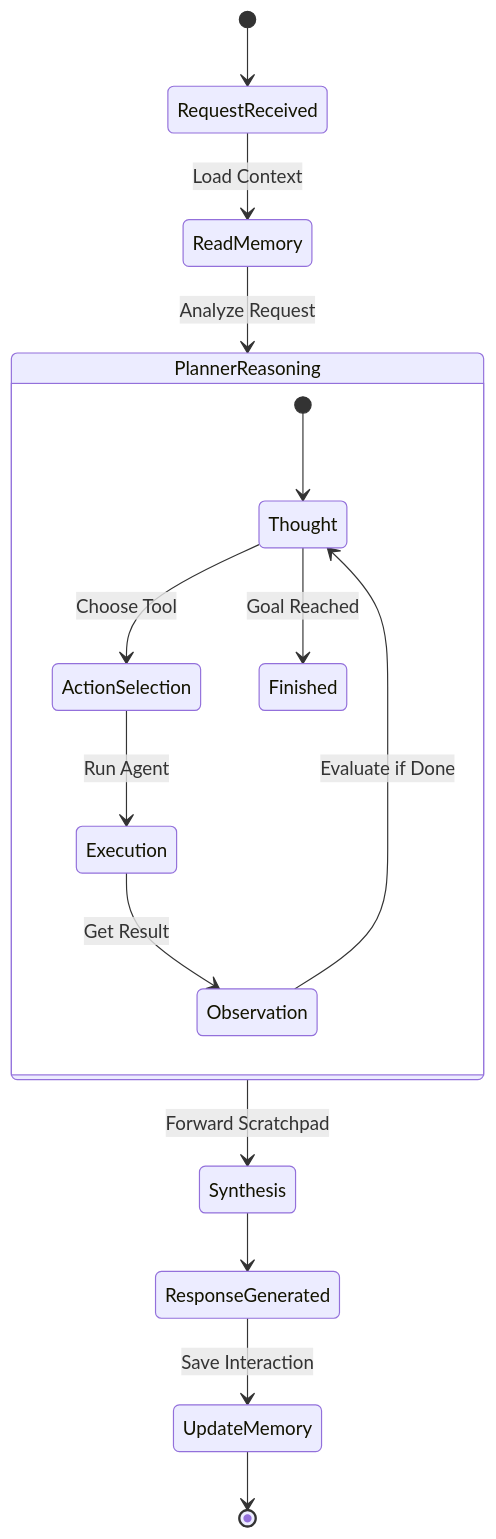
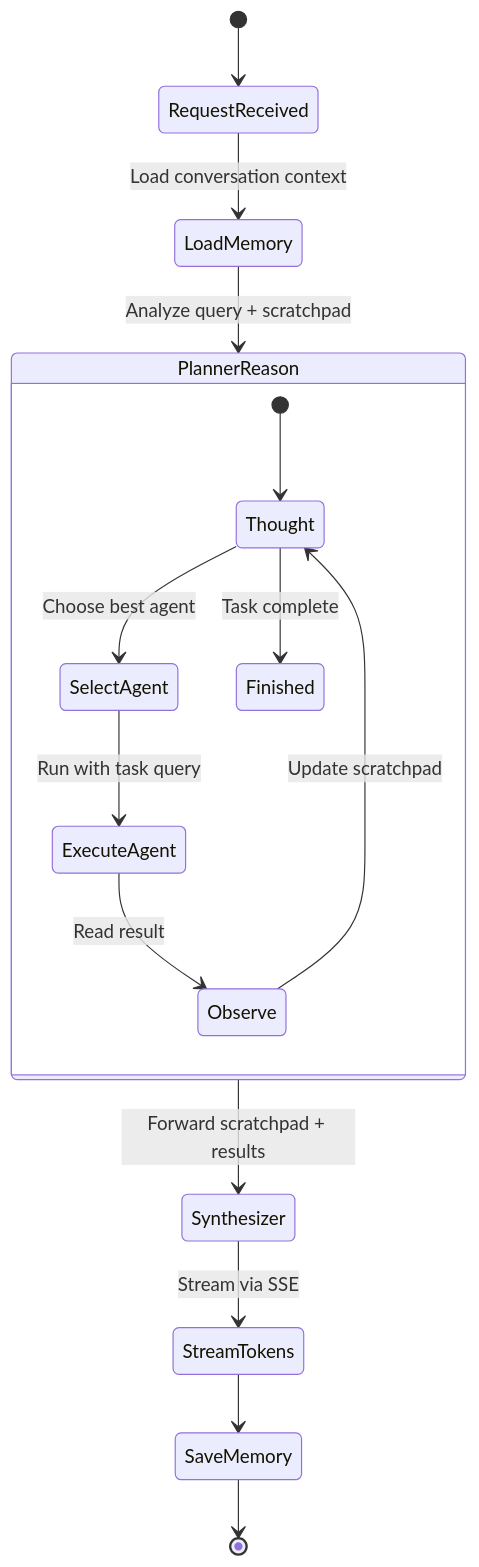
One commit to Krish2205/Autonomous-AI-Agent changed the first of 2 diagrams in README.md. Above: the diagram before and after it, drawn with Mermaid. The commit also changed other lines of this file and 5 other files, not shown here.

````diff
--- a/README.md
+++ b/README.md
@@ -90,20 +535,20 @@
 ```mermaid
 stateDiagram-v2
     [*] --> RequestReceived
-    RequestReceived --> ReadMemory : Load Context
-    ReadMemory --> PlannerReasoning : Analyze Request
-    
-    state PlannerReasoning {
+    RequestReceived --> LoadMemory : Load conversation context
+    LoadMemory --> PlannerReason : Analyze query + scratchpad
+
+    state PlannerReason {
         [*] --> Thought
-        Thought --> ActionSelection : Choose Tool
-        ActionSelection --> Execution : Run Agent
-        Execution --> Observation : Get Result
-        Observation --> Thought : Evaluate if Done
-        Thought --> Finished : Goal Reached
+        Thought --> SelectAgent : Choose best agent
+        SelectAgent --> ExecuteAgent : Run with task query
+        ExecuteAgent --> Observe : Read result
+        Observe --> Thought : Update scratchpad
+        Thought --> Finished : Task complete
     }
-    
-    PlannerReasoning --> Synthesis : Forward Scratchpad
-    Synthesis --> ResponseGenerated
-    ResponseGenerated --> UpdateMemory : Save Interaction
-    UpdateMemory --> [*]
+
+    PlannerReason --> Synthesizer : Forward scratchpad + results
+    Synthesizer --> StreamTokens : Stream via SSE
+    StreamTokens --> SaveMemory
+    SaveMemory --> [*]
 ```
````
